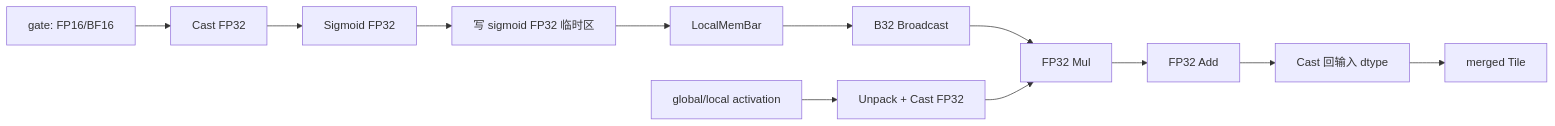
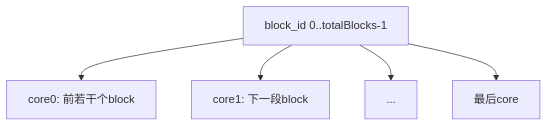
The fifth of 10 diagrams in attention/cla_gate_mx_quant_with_dual_axis/docs/ClaGateMxQuantWithDualAxis算子详细设计说明书.md (ChunnX/ops-transformer), drawn with Mermaid before and after one commit. The commit also changed other lines of this file and 14 other files, not shown here.

````diff
--- a/attention/cla_gate_mx_quant_with_dual_axis/docs/ClaGateMxQuantWithDualAxis算子详细设计说明书.md
+++ b/attention/cla_gate_mx_quant_with_dual_axis/docs/ClaGateMxQuantWithDualAxis算子详细设计说明书.md
@@ -442,14 +456,7 @@
 ```mermaid
-flowchart LR
-    A[gate: FP16/BF16] --> B[Cast FP32]
-    B --> C[Sigmoid FP32]
-    C --> D[写 sigmoid FP32 临时区]
-    D --> E[LocalMemBar]
-    E --> F[B32 Broadcast]
-    G[global/local activation] --> H[Unpack + Cast FP32]
-    F --> I[FP32 Mul]
-    H --> I
-    I --> J[FP32 Add]
-    J --> K[Cast 回输入 dtype]
-    K --> L[merged Tile]
+flowchart TD
+    B[block_id 0..totalBlocks-1] --> D[core0: 前若干个block]
+    B --> E[core1: 下一段block]
+    B --> F[...]
+    B --> G[最后core]
 ```
````
